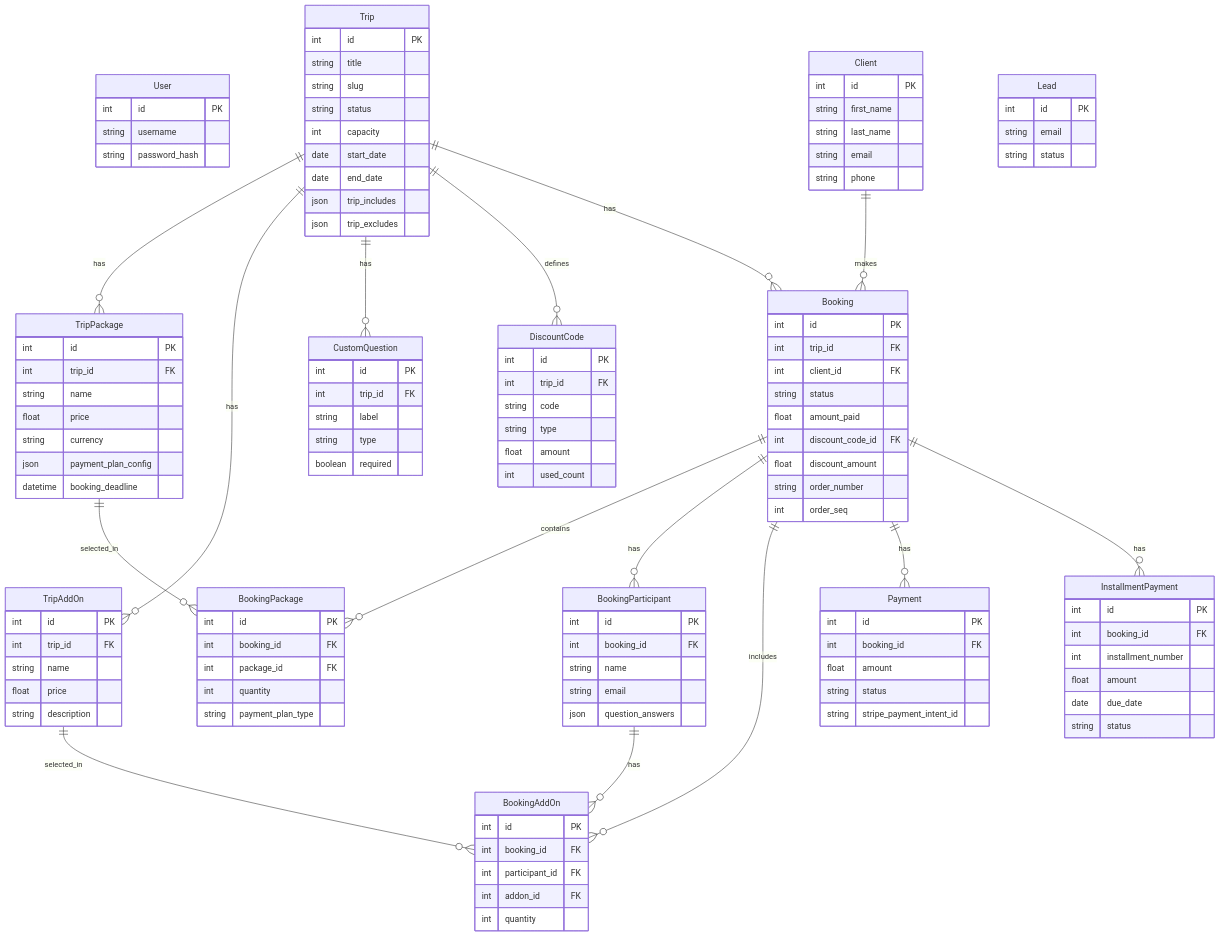
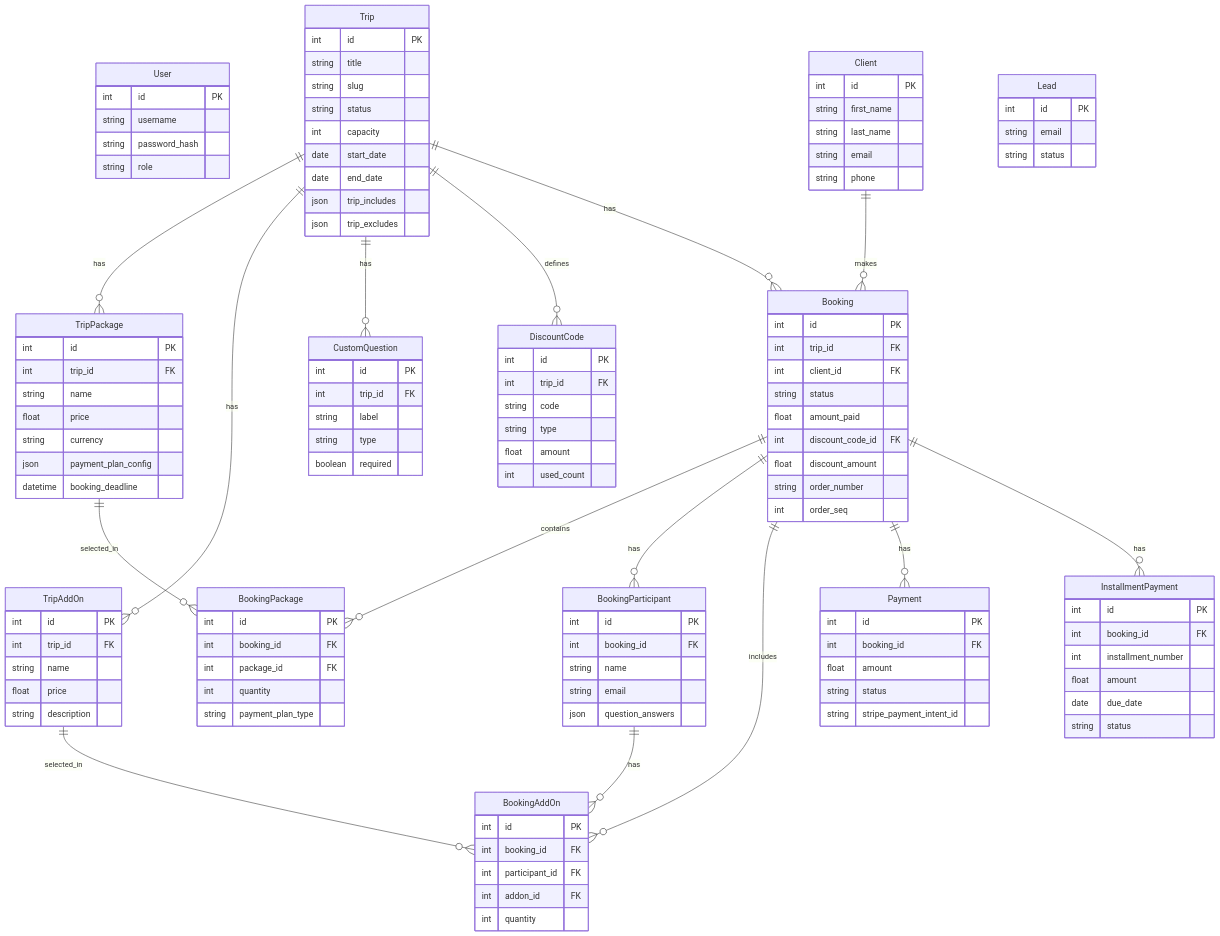
Before and after one commit to Arafat0319/nhtours: the first of 2 diagrams in context/02_数据库设计.md, drawn with Mermaid. The commit also changed other lines of this file and 27 other files, not shown here.

```diff
--- a/context/02_数据库设计.md
+++ b/context/02_数据库设计.md
@@ -19,6 +19,7 @@
         int id PK
         string username
         string password_hash
+        string role
     }
     Trip {
         int id PK
```
